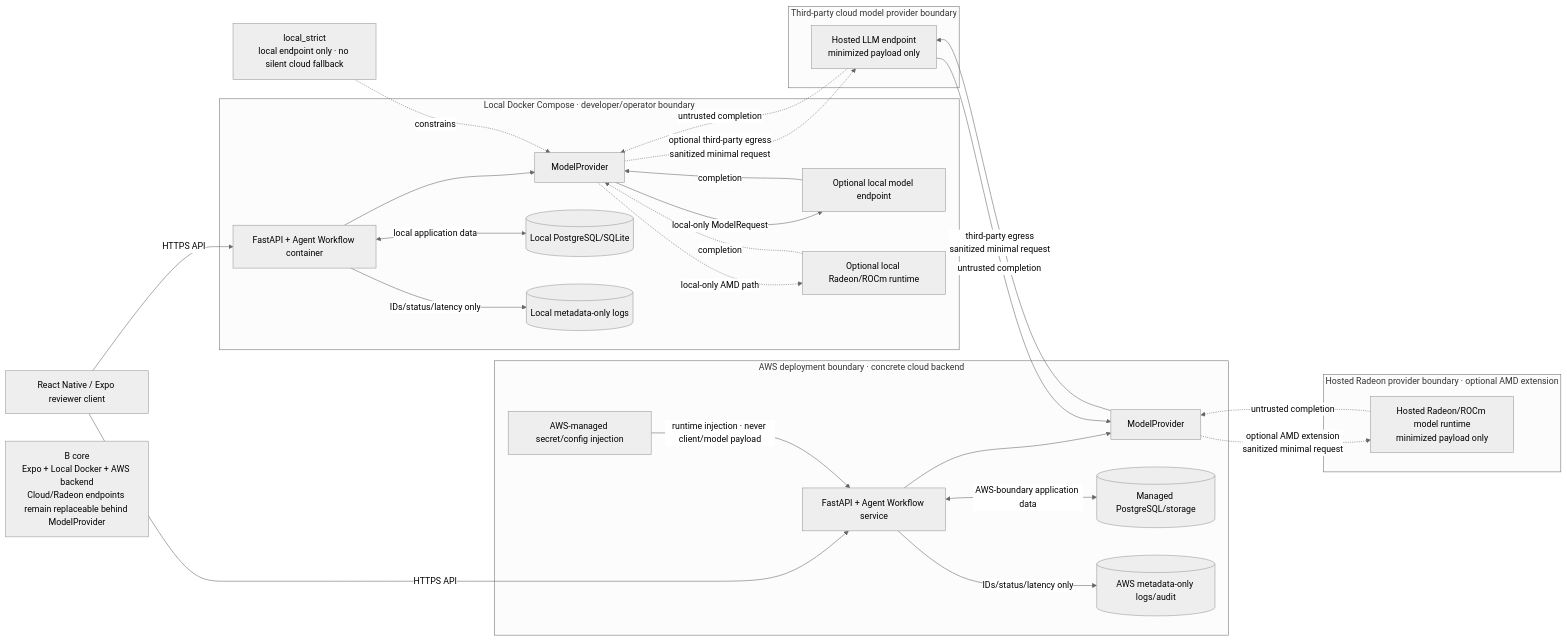
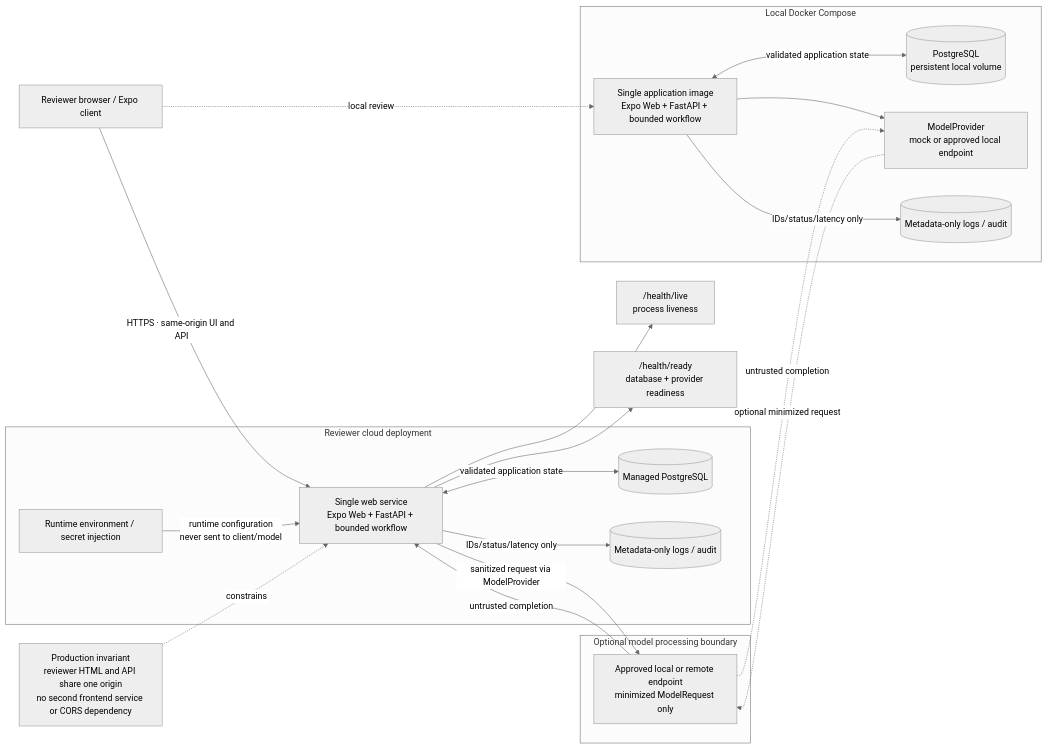
The diagram in docs/diagrams/deployment-boundary.mmd (Lirxstar/CarePath), drawn with Mermaid (neutral theme) before and after one commit.

Commit message:
Update deployment boundary for integrated reviewer service

```diff
--- a/docs/diagrams/deployment-boundary.mmd
+++ b/docs/diagrams/deployment-boundary.mmd
@@ -1,53 +1,43 @@
 flowchart LR
-  CLIENT["React Native / Expo reviewer client"]
+  REVIEWER["Reviewer browser / Expo client"]
 
-  subgraph Local["Local Docker Compose · developer/operator boundary"]
-    LAPI["FastAPI + Agent Workflow container"]
-    LMP["ModelProvider"]
-    LDB[("Local PostgreSQL/SQLite")]
-    LLOG[("Local metadata-only logs")]
-    LMODEL["Optional local model endpoint"]
-    LRADEON["Optional local Radeon/ROCm runtime"]
+  subgraph Local["Local Docker Compose"]
+    LWEB["Single application image\nExpo Web + FastAPI + bounded workflow"]
+    LDB[("PostgreSQL\npersistent local volume")]
+    LMODEL["ModelProvider\nmock or approved local endpoint"]
+    LLOG[("Metadata-only logs / audit")]
   end
 
-  subgraph AWS["AWS deployment boundary · concrete cloud backend"]
-    AAPI["FastAPI + Agent Workflow service"]
-    AMP["ModelProvider"]
-    ADB[("Managed PostgreSQL/storage")]
-    ASECRETS["AWS-managed secret/config injection"]
-    ALOG[("AWS metadata-only logs/audit")]
+  subgraph Cloud["Reviewer cloud deployment"]
+    CWEB["Single web service\nExpo Web + FastAPI + bounded workflow"]
+    CDB[("Managed PostgreSQL")]
+    CCONFIG["Runtime environment / secret injection"]
+    CLOG[("Metadata-only logs / audit")]
   end
 
-  subgraph CloudProvider["Third-party cloud model provider boundary"]
-    CM["Hosted LLM endpoint\nminimized payload only"]
+  subgraph Endpoint["Optional model processing boundary"]
+    MODEL["Approved local or remote endpoint\nminimized ModelRequest only"]
   end
 
-  subgraph RadeonHosted["Hosted Radeon provider boundary · optional AMD extension"]
-    ROCM["Hosted Radeon/ROCm model runtime\nminimized payload only"]
-  end
+  REVIEWER -->|"HTTPS · same-origin UI and API"| CWEB
+  REVIEWER -. "local review" .-> LWEB
 
-  CLIENT -->|"HTTPS API"| LAPI
-  CLIENT -->|"HTTPS API"| AAPI
+  LWEB <-->|"validated application state"| LDB
+  LWEB -->|"IDs/status/latency only"| LLOG
+  LWEB --> LMODEL
+  LMODEL -. "optional minimized request" .-> MODEL
+  MODEL -. "untrusted completion" .-> LMODEL
 
-  LAPI <-->|"local application data"| LDB
-  LAPI -->|"IDs/status/latency only"| LLOG
-  LAPI --> LMP
-  LMP -->|"local-only ModelRequest"| LMODEL
-  LMODEL -->|"completion"| LMP
-  LMP -. "local-only AMD path" .-> LRADEON
-  LRADEON -. "completion" .-> LMP
-  LMP -. "optional third-party egress\nsanitized minimal request" .-> CM
-  CM -. "untrusted completion" .-> LMP
+  CWEB <-->|"validated application state"| CDB
+  CCONFIG -->|"runtime configuration\nnever sent to client/model"| CWEB
+  CWEB -->|"IDs/status/latency only"| CLOG
+  CWEB -->|"sanitized request via ModelProvider"| MODEL
+  MODEL -->|"untrusted completion"| CWEB
 
-  AAPI <-->|"AWS-boundary application data"| ADB
-  ASECRETS -->|"runtime injection · never client/model payload"| AAPI
-  AAPI -->|"IDs/status/latency only"| ALOG
-  AAPI --> AMP
-  AMP -->|"third-party egress\nsanitized minimal request"| CM
-  CM -->|"untrusted completion"| AMP
-  AMP -. "optional AMD extension\nsanitized minimal request" .-> ROCM
-  ROCM -. "untrusted completion" .-> AMP
+  LIVE["/health/live\nprocess liveness"]
+  READY["/health/ready\ndatabase + provider readiness"]
+  CWEB --> LIVE
+  CWEB --> READY
 
-  CORE["B core\nExpo + Local Docker + AWS backend\nCloud/Radeon endpoints remain replaceable behind ModelProvider"]
-  PRIVACY["local_strict\nlocal endpoint only · no silent cloud fallback"]
-  PRIVACY -. "constrains" .-> LMP
+  SAMEORIGIN["Production invariant\nreviewer HTML and API share one origin\nno second frontend service or CORS dependency"]
+  SAMEORIGIN -. "constrains" .-> CWEB
```
